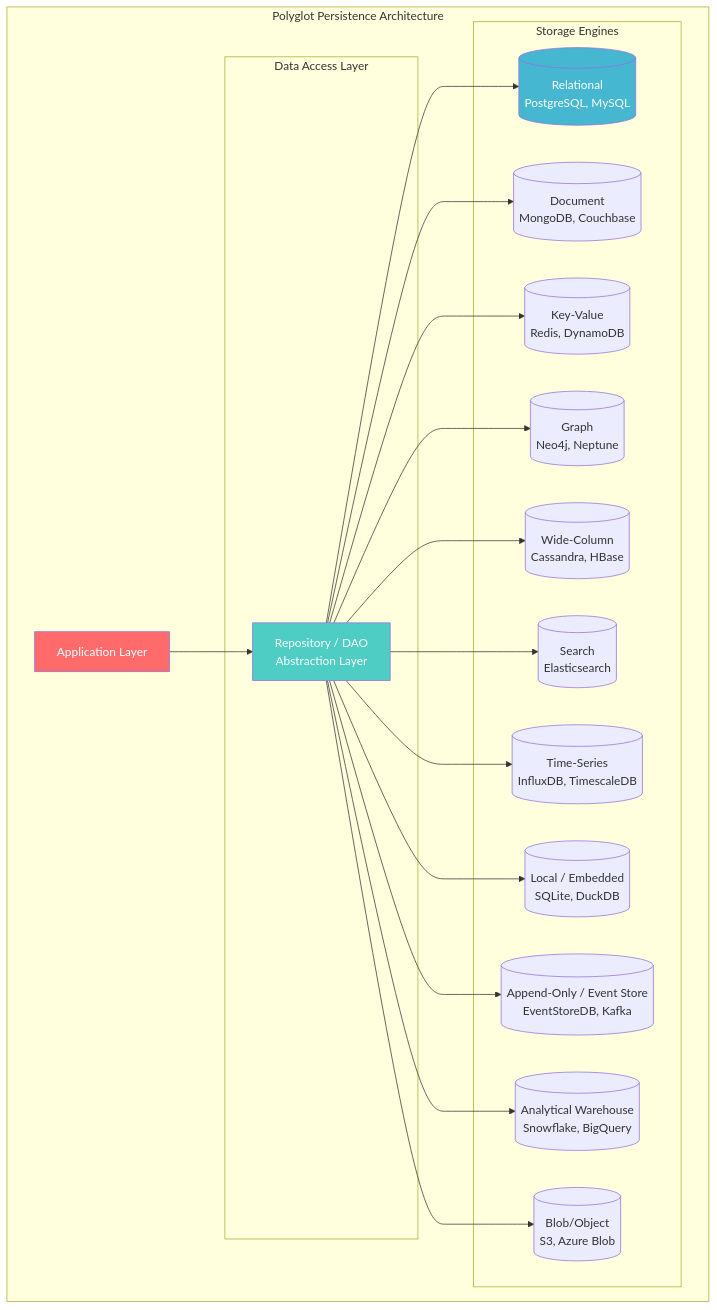
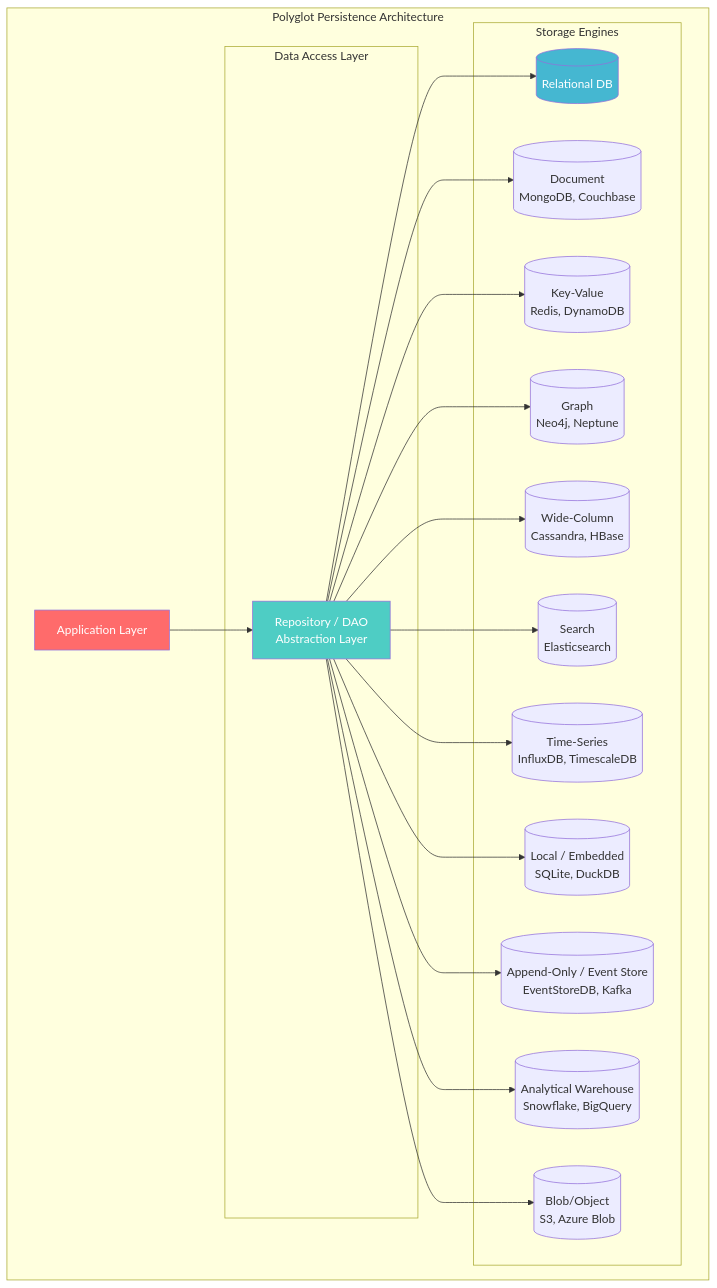
The first of 7 diagrams in architecture-general/04-data-analytics-ai-architecture/01-data-architecture/03-polyglot-persistence.md (gurkanindibay/azure_learning), drawn with Mermaid before and after one commit. The commit also changed other lines of this file, not shown here.

````diff
--- a/architecture-general/04-data-analytics-ai-architecture/01-data-architecture/03-polyglot-persistence.md
+++ b/architecture-general/04-data-analytics-ai-architecture/01-data-architecture/03-polyglot-persistence.md
@@ -62,41 +62,41 @@
 ```mermaid
 graph TB
     subgraph "Polyglot Persistence Architecture"
         APP[Application Layer]
 
         subgraph "Data Access Layer"
             REPO[Repository / DAO<br/>Abstraction Layer]
         end
 
         subgraph "Storage Engines"
-            RDBMS[(Relational<br/>PostgreSQL, MySQL)]
+            RDBMS[(Relational DB)]
             DOC[(Document<br/>MongoDB, Couchbase)]
             KV[(Key-Value<br/>Redis, DynamoDB)]
             GRAPH[(Graph<br/>Neo4j, Neptune)]
             COL[(Wide-Column<br/>Cassandra, HBase)]
             SEARCH[(Search<br/>Elasticsearch)]
             TS[(Time-Series<br/>InfluxDB, TimescaleDB)]
             EMBED[(Local / Embedded<br/>SQLite, DuckDB)]
             EVENT[(Append-Only / Event Store<br/>EventStoreDB, Kafka)]
             WAREHOUSE[(Analytical Warehouse<br/>Snowflake, BigQuery)]
             BLOB[(Blob/Object<br/>S3, Azure Blob)]
         end
 
         APP --> REPO
         REPO --> RDBMS
         REPO --> DOC
         REPO --> KV
         REPO --> GRAPH
         REPO --> COL
         REPO --> SEARCH
         REPO --> TS
         REPO --> EMBED
         REPO --> EVENT
         REPO --> WAREHOUSE
         REPO --> BLOB
     end
 
     style APP fill:#ff6b6b,color:#fff
     style REPO fill:#4ecdc4,color:#fff
     style RDBMS fill:#45b7d1,color:#fff
 ```
````
